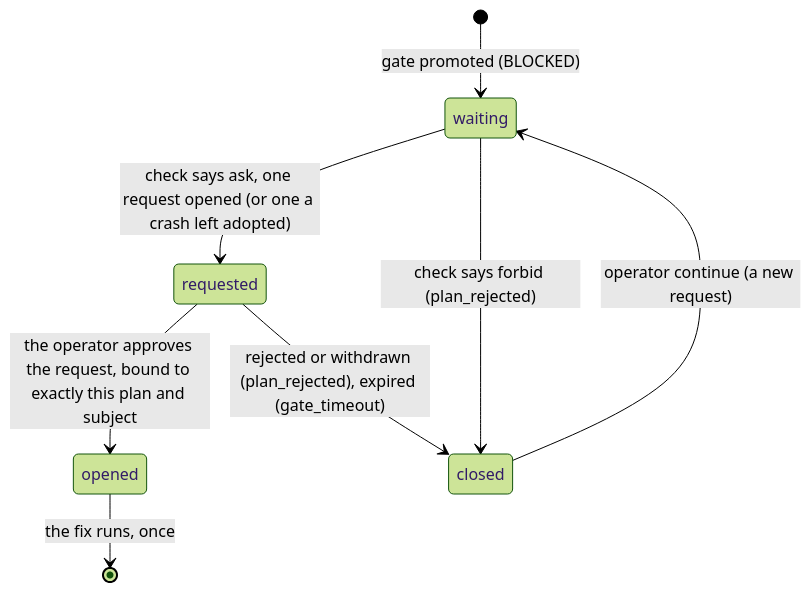
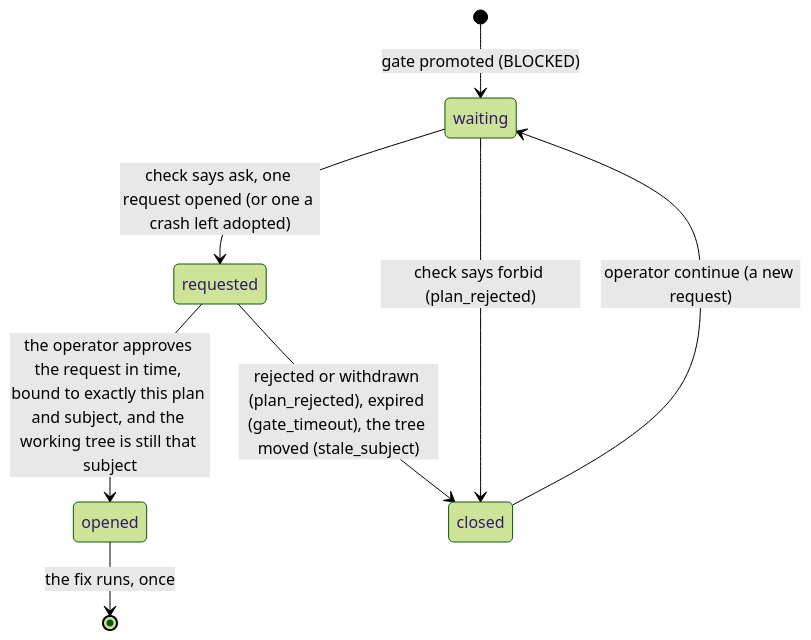
The fifth of 6 diagrams in docs/design/workflow-engine.md (tsuuanmi/system), drawn with Mermaid (forest theme) before and after one commit. The commit also changed other lines of this file and 5 other files, not shown here.

First line of the commit message:
workflow: a remediation gate opens only on an in-time operator approval of the tree as it is now

````diff
--- a/docs/design/workflow-engine.md
+++ b/docs/design/workflow-engine.md
@@ -316,10 +316,10 @@
 ```mermaid
 stateDiagram-v2
   [*] --> waiting: gate promoted (BLOCKED)
   waiting --> requested: check says ask, one request opened (or one a crash left adopted)
   waiting --> closed: check says forbid (plan_rejected)
-  requested --> opened: the operator approves the request, bound to exactly this plan and subject
-  requested --> closed: rejected or withdrawn (plan_rejected), expired (gate_timeout)
+  requested --> opened: the operator approves the request in time, bound to exactly this plan and subject, and the working tree is still that subject
+  requested --> closed: rejected or withdrawn (plan_rejected), expired (gate_timeout), the tree moved (stale_subject)
   opened --> [*]: the fix runs, once
   closed --> waiting: operator continue (a new request)
 ```
````
